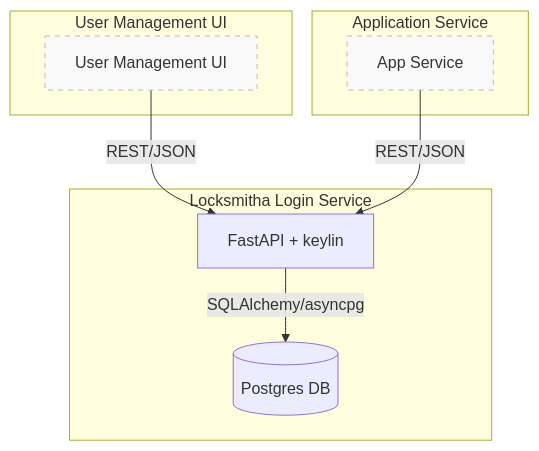
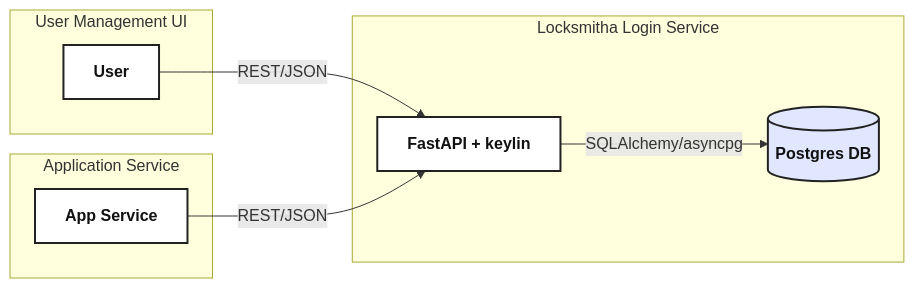
One commit to beanone/locksmitha changed the diagram in README.md. Above: the diagram before and after it, drawn with Mermaid. The commit also changed other lines of this file and 7 other files, not shown here.

````diff
--- a/README.md
+++ b/README.md
@@ -45,20 +49,27 @@
 ```mermaid
-graph TD
-    %% Out-of-scope (future) components use dashed borders and gray color
-    style UI stroke-dasharray: 5 5,stroke:#bbb,fill:#f9f9f9
-    style APP stroke-dasharray: 5 5,stroke:#bbb,fill:#f9f9f9
+flowchart LR
+    %% High-contrast, clear, and accessible
 
-    subgraph User Management UI [User Management UI]
-        UI[User Management UI]
+    subgraph UI["User Management UI"]
+        U[User]
     end
-    subgraph Application Service [Application Service]
-        APP[App Service]
+
+    subgraph APP["Application Service"]
+        AP[App Service]
     end
-    subgraph Locksmitha Login Service
+
+    subgraph LS["Locksmitha Login Service"]
         A[FastAPI + keylin]
         DB[(Postgres DB)]
     end
-    UI -- REST/JSON --> A
-    APP -- REST/JSON --> A
-    A -- SQLAlchemy/asyncpg --> DB
+
+    U -- "REST/JSON" --> A
+    AP -- "REST/JSON" --> A
+    A -- "SQLAlchemy/asyncpg" --> DB
+
+    %% Styling for maximum clarity
+    classDef main fill:#fff,stroke:#222,stroke-width:2px,color:#111,font-weight:bold;
+    classDef db fill:#e0e7ff,stroke:#222,stroke-width:2px,color:#111,font-weight:bold;
+    class A,AP,U main;
+    class DB db;
 ```
````
